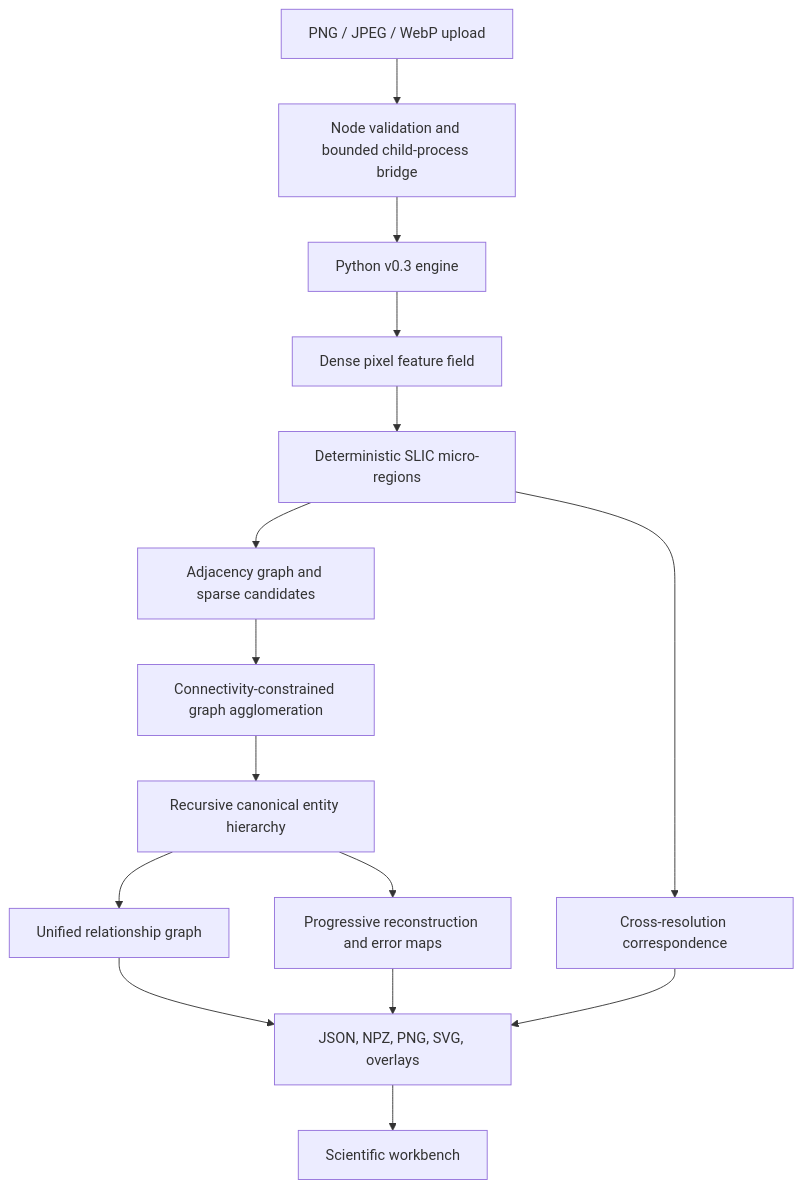
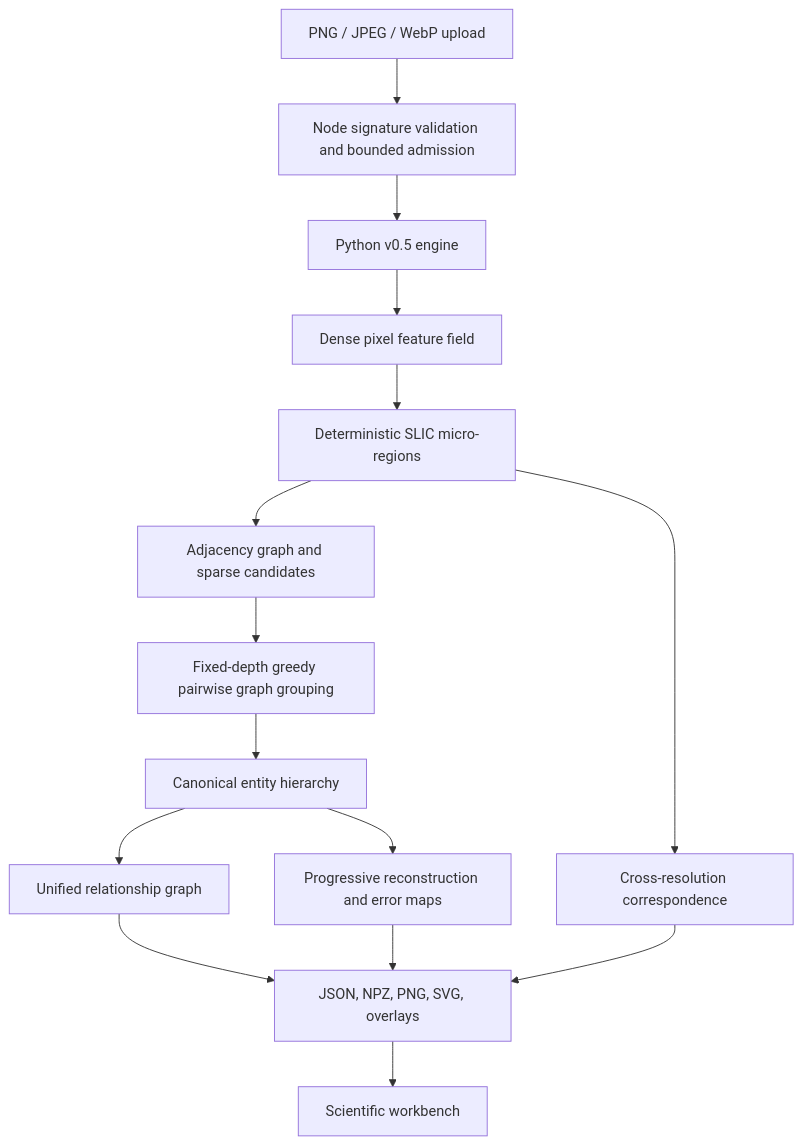
Before and after one commit to TANMOY-SARKAR-cmd/hierarchical-image-representation: the diagram in docs/architecture.md, drawn with Mermaid. The commit also changed other lines of this file and 29 other files, not shown here.

Commit message:
Checkpoint: v0.5 corrects boundary model scoring and correspondence semantics, separates heuristic and actual storage accounting, hardens public image admission, archives legacy engines, updates the workbench and documentation, and passes full validation.

````diff
--- a/docs/architecture.md
+++ b/docs/architecture.md
@@ -3,17 +3,17 @@
 ```mermaid
 flowchart TD
-  U[PNG / JPEG / WebP upload] --> N[Node validation and bounded child-process bridge]
-  N --> P[Python v0.3 engine]
+  U[PNG / JPEG / WebP upload] --> N[Node signature validation and bounded admission]
+  N --> P[Python v0.5 engine]
   P --> F[Dense pixel feature field]
   F --> S[Deterministic SLIC micro-regions]
   S --> R[Adjacency graph and sparse candidates]
-  R --> A[Connectivity-constrained graph agglomeration]
-  A --> H[Recursive canonical entity hierarchy]
+  R --> A[Fixed-depth greedy pairwise graph grouping]
+  A --> H[Canonical entity hierarchy]
   H --> G[Unified relationship graph]
   S --> C[Cross-resolution correspondence]
   H --> D[Progressive reconstruction and error maps]
   G --> X[JSON, NPZ, PNG, SVG, overlays]
   C --> X
   D --> X
   X --> W[Scientific workbench]
 ```
````
